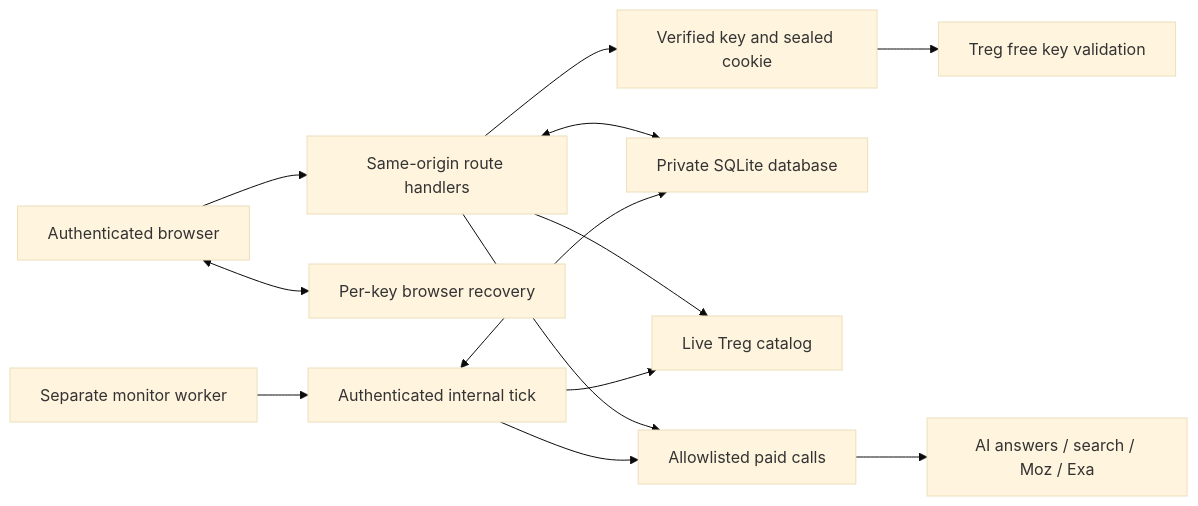
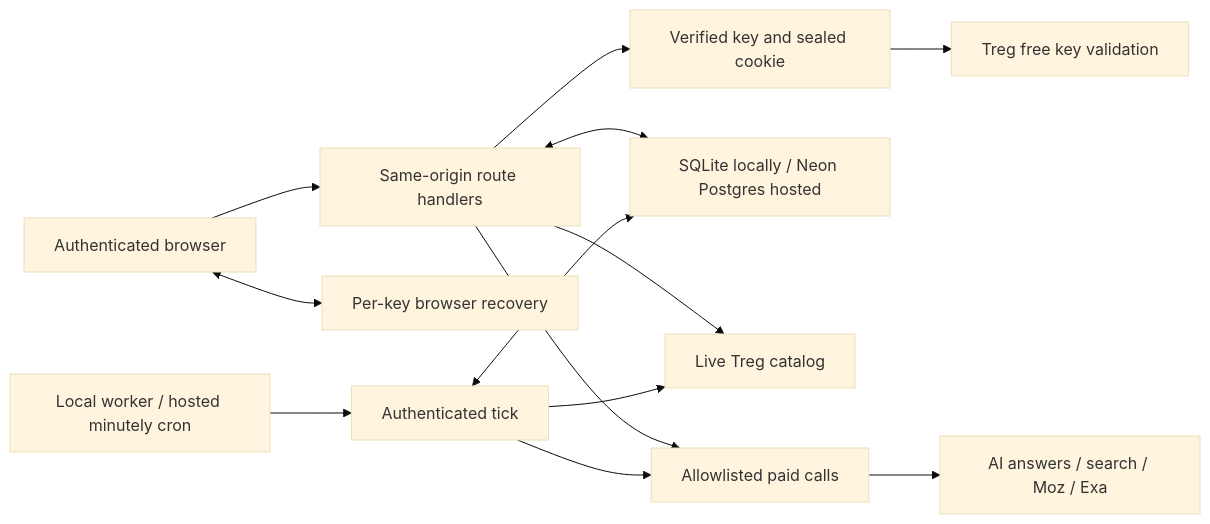
The diagram in docs/ARCHITECTURE.md (tomcharlesosman/treg-lens), drawn with Mermaid (base theme) before and after one commit. The commit also changed other lines of this file and 61 other files, not shown here.

````diff
--- a/docs/ARCHITECTURE.md
+++ b/docs/ARCHITECTURE.md
@@ -9,15 +9,15 @@
 ```mermaid
 flowchart LR
   Browser[Authenticated browser] --> API[Same-origin route handlers]
   Browser <--> Recovery[Per-key browser recovery]
   API --> Session[Verified key and sealed cookie]
   Session --> Metadata[Treg free key validation]
-  API <--> SQLite[Private SQLite database]
+  API <--> Database[SQLite locally / Neon Postgres hosted]
   API --> Catalog[Live Treg catalog]
   API --> Calls[Allowlisted paid calls]
-  Worker[Separate monitor worker] --> Tick[Authenticated internal tick]
-  Tick <--> SQLite
+  Worker[Local worker / hosted minutely cron] --> Tick[Authenticated tick]
+  Tick <--> Database
   Tick --> Catalog
   Tick --> Calls
   Calls --> Evidence[AI answers / search / Moz / Exa]
 ```
````
